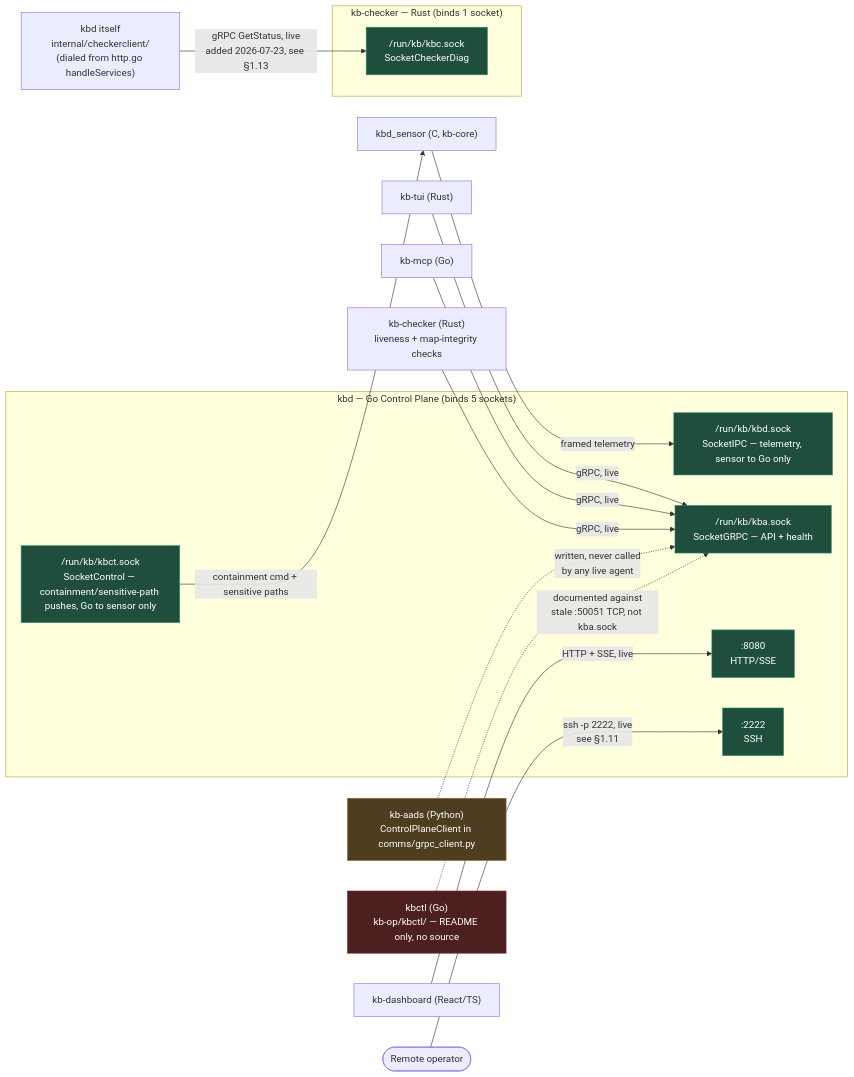
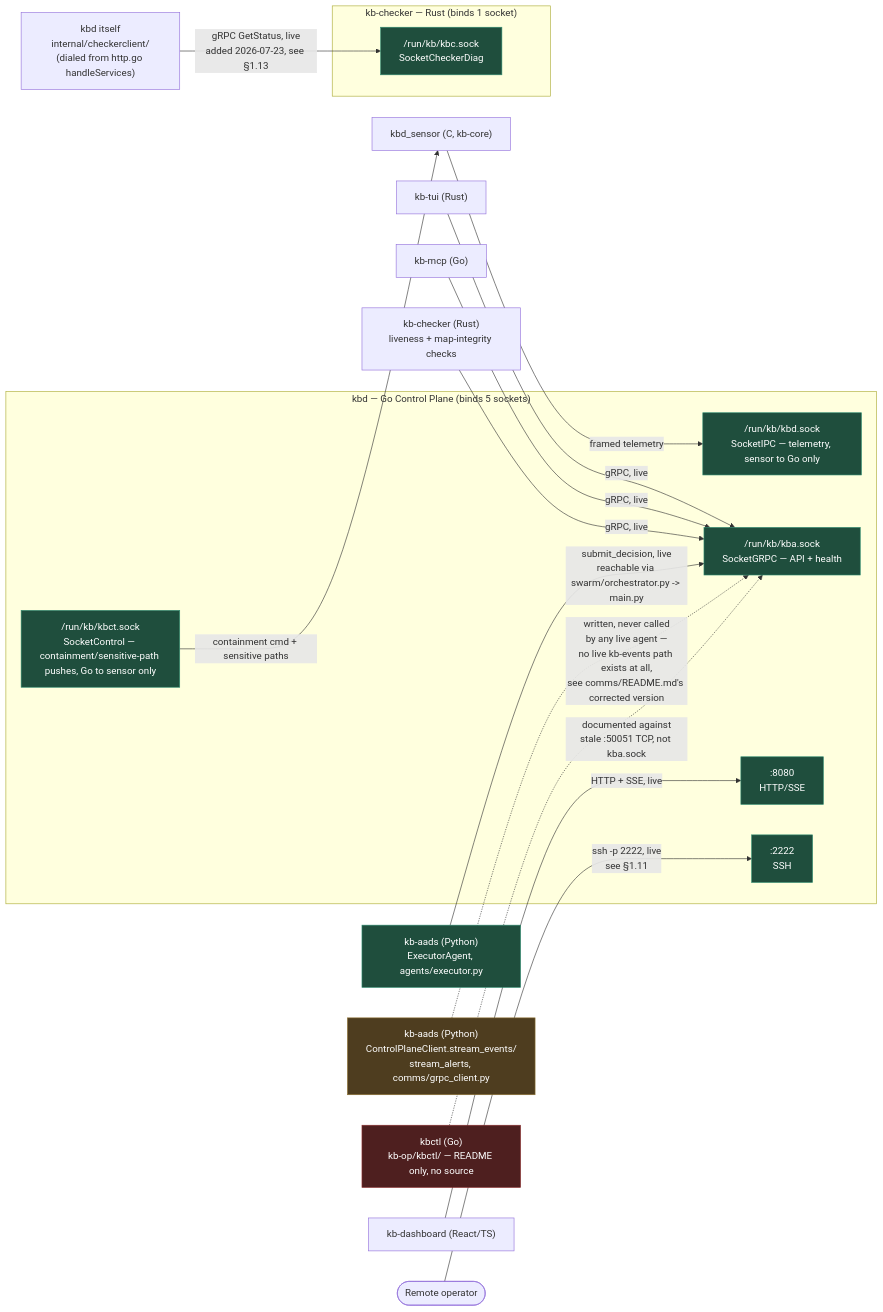
The third of 3 diagrams in docs/development/core-control/control-plane-catalog.md (pardhuvarmax/kernel-borderlands), drawn with Mermaid before and after one commit. The commit also changed other lines of this file and 3 other files, not shown here.

````diff
--- a/docs/development/core-control/control-plane-catalog.md
+++ b/docs/development/core-control/control-plane-catalog.md
@@ -570,37 +570,39 @@
 ```mermaid
 flowchart LR
     subgraph KBD["kbd — Go Control Plane (binds 5 sockets)"]
         S_IPC["/run/kb/kbd.sock<br/>SocketIPC — telemetry, sensor to Go only"]
         S_CTL["/run/kb/kbct.sock<br/>SocketControl — containment/sensitive-path pushes, Go to sensor only"]
         S_GRPC["/run/kb/kba.sock<br/>SocketGRPC — API + health"]
         S_HTTP[":8080<br/>HTTP/SSE"]
         S_SSH[":2222<br/>SSH"]
     end
 
     subgraph CHECKER["kb-checker — Rust (binds 1 socket)"]
         S_KBC["/run/kb/kbc.sock<br/>SocketCheckerDiag"]
     end
 
     Sensor["kbd_sensor (C, kb-core)"] -->|framed telemetry| S_IPC
     S_CTL -->|containment cmd + sensitive paths| Sensor
 
     TUI["kb-tui (Rust)"] -->|gRPC, live| S_GRPC
     MCP["kb-mcp (Go)"] -->|gRPC, live| S_GRPC
     ChkClient["kb-checker (Rust)<br/>liveness + map-integrity checks"] -->|gRPC, live| S_GRPC
-    AADS["kb-aads (Python)<br/>ControlPlaneClient in comms/grpc_client.py"] -.->|written, never called<br/>by any live agent| S_GRPC
+    AADS_EXEC["kb-aads (Python)<br/>ExecutorAgent, agents/executor.py"] -->|submit_decision, live<br/>reachable via swarm/orchestrator.py -&gt; main.py| S_GRPC
+    AADS_STREAM["kb-aads (Python)<br/>ControlPlaneClient.stream_events/<br/>stream_alerts, comms/grpc_client.py"] -.->|written, never called<br/>by any live agent —<br/>no live kb-events path exists at all,<br/>see comms/README.md's corrected version| S_GRPC
     KBCTL["kbctl (Go)<br/>kb-op/kbctl/ — README only, no source"] -.->|documented against<br/>stale :50051 TCP, not kba.sock| S_GRPC
 
     Dashboard["kb-dashboard (React/TS)"] -->|HTTP + SSE, live| S_HTTP
     Operator(["Remote operator"]) -->|ssh -p 2222, live<br/>see §1.11| S_SSH
 
     KBD_Client["kbd itself<br/>internal/checkerclient/<br/>(dialed from http.go handleServices)"] -->|gRPC GetStatus, live<br/>added 2026-07-23, see §1.13| S_KBC
 
     style S_IPC fill:#1f4e3d,stroke:#2e8b6f,color:#fff
     style S_CTL fill:#1f4e3d,stroke:#2e8b6f,color:#fff
     style S_GRPC fill:#1f4e3d,stroke:#2e8b6f,color:#fff
     style S_HTTP fill:#1f4e3d,stroke:#2e8b6f,color:#fff
     style S_SSH fill:#1f4e3d,stroke:#2e8b6f,color:#fff
     style S_KBC fill:#1f4e3d,stroke:#2e8b6f,color:#fff
-    style AADS fill:#4e3d1f,stroke:#8b6f2e,color:#fff
+    style AADS_EXEC fill:#1f4e3d,stroke:#2e8b6f,color:#fff
+    style AADS_STREAM fill:#4e3d1f,stroke:#8b6f2e,color:#fff
     style KBCTL fill:#4e1f1f,stroke:#8b2e2e,color:#fff
 ```
````
